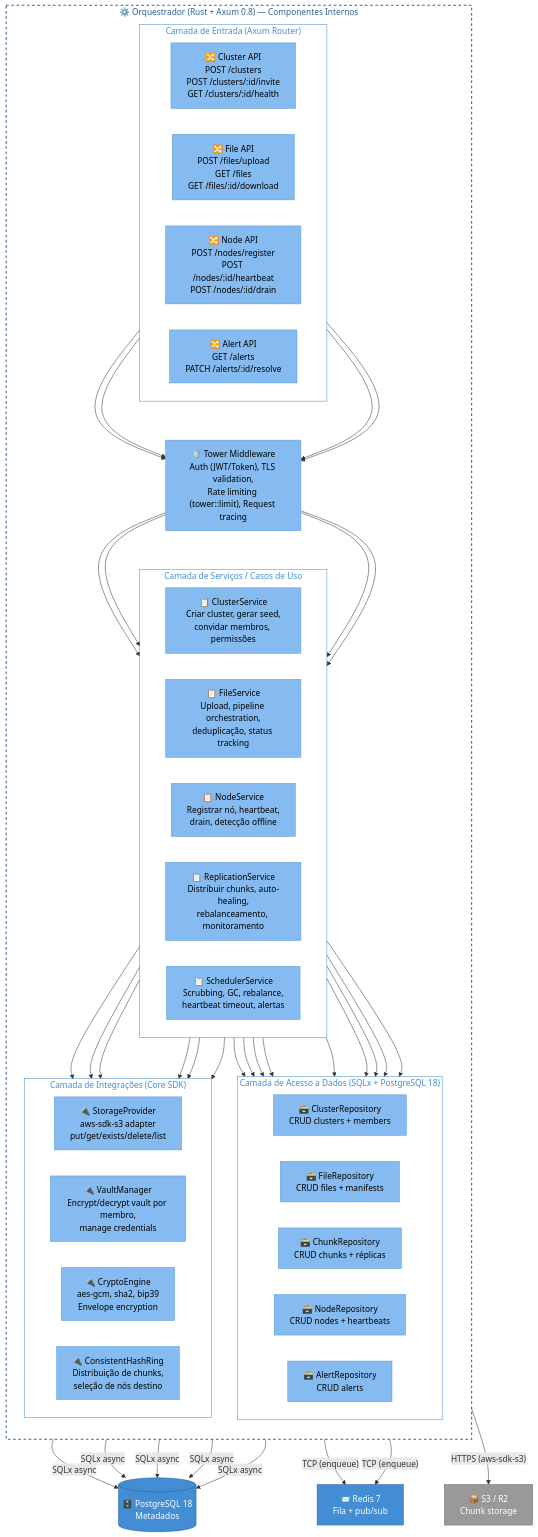
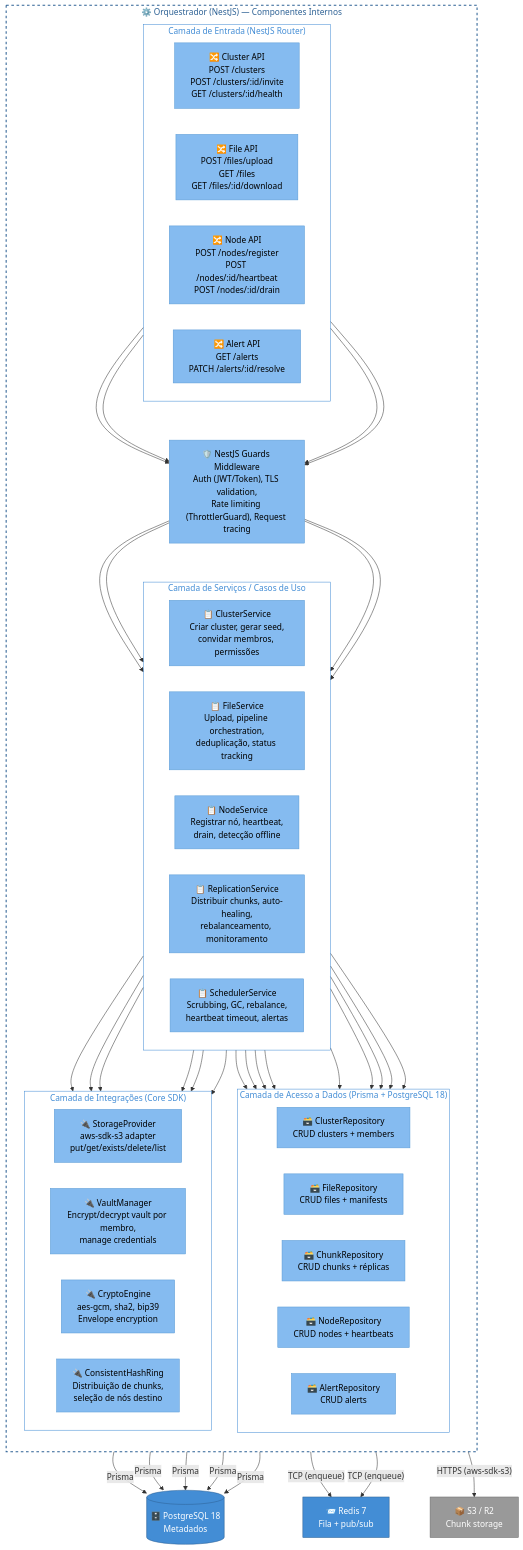
The diagram in docs/diagrams/components/api-components.mmd (DouglasPrado/alexandria), drawn with Mermaid before and after one commit. The commit also changed 160 other files, not shown here.

```diff
--- a/docs/diagrams/components/api-components.mmd
+++ b/docs/diagrams/components/api-components.mmd
@@ -1,119 +1,119 @@
 %% C4 Nivel 3: Componentes Internos — Orquestrador Alexandria
 %% Referencia: docs/blueprint/06-system_architecture.md
-%% Stack: Rust + Axum 0.8 + SQLx + Tower middleware
+%% Stack: NestJS + Prisma + NestJS Guards middleware
 
 graph TB
-    subgraph ContainerBoundary["⚙️ Orquestrador (Rust + Axum 0.8) — Componentes Internos"]
+    subgraph ContainerBoundary["⚙️ Orquestrador (NestJS) — Componentes Internos"]
         direction TB
 
-        subgraph EntryLayer["Camada de Entrada (Axum Router)"]
+        subgraph EntryLayer["Camada de Entrada (NestJS Router)"]
             direction LR
             ClusterRouter["🔀 Cluster API<br/>POST /clusters<br/>POST /clusters/:id/invite<br/>GET /clusters/:id/health"]
             FileRouter["🔀 File API<br/>POST /files/upload<br/>GET /files<br/>GET /files/:id/download"]
             NodeRouter["🔀 Node API<br/>POST /nodes/register<br/>POST /nodes/:id/heartbeat<br/>POST /nodes/:id/drain"]
             AlertRouter["🔀 Alert API<br/>GET /alerts<br/>PATCH /alerts/:id/resolve"]
         end
 
-        Middleware["🛡️ Tower Middleware<br/>Auth (JWT/Token), TLS validation,<br/>Rate limiting (tower::limit), Request tracing"]
+        Middleware["🛡️ NestJS Guards Middleware<br/>Auth (JWT/Token), TLS validation,<br/>Rate limiting (ThrottlerGuard), Request tracing"]
 
         subgraph ServiceLayer["Camada de Serviços / Casos de Uso"]
             direction LR
             ClusterService["📋 ClusterService<br/>Criar cluster, gerar seed,<br/>convidar membros, permissões"]
             FileService["📋 FileService<br/>Upload, pipeline orchestration,<br/>deduplicação, status tracking"]
             NodeService["📋 NodeService<br/>Registrar nó, heartbeat,<br/>drain, detecção offline"]
             ReplicationService["📋 ReplicationService<br/>Distribuir chunks, auto-healing,<br/>rebalanceamento, monitoramento"]
             SchedulerService["📋 SchedulerService<br/>Scrubbing, GC, rebalance,<br/>heartbeat timeout, alertas"]
         end
 
-        subgraph DataLayer["Camada de Acesso a Dados (SQLx + PostgreSQL 18)"]
+        subgraph DataLayer["Camada de Acesso a Dados (Prisma + PostgreSQL 18)"]
             direction LR
             ClusterRepo["🗃️ ClusterRepository<br/>CRUD clusters + members"]
             FileRepo["🗃️ FileRepository<br/>CRUD files + manifests"]
             ChunkRepo["🗃️ ChunkRepository<br/>CRUD chunks + réplicas"]
             NodeRepo["🗃️ NodeRepository<br/>CRUD nodes + heartbeats"]
             AlertRepo["🗃️ AlertRepository<br/>CRUD alerts"]
         end
 
         subgraph IntegrationLayer["Camada de Integrações (Core SDK)"]
             direction LR
             StorageClient["🔌 StorageProvider<br/>aws-sdk-s3 adapter<br/>put/get/exists/delete/list"]
             VaultClient["🔌 VaultManager<br/>Encrypt/decrypt vault por membro,<br/>manage credentials"]
             CryptoEngine["🔌 CryptoEngine<br/>aes-gcm, sha2, bip39<br/>Envelope encryption"]
             HashRing["🔌 ConsistentHashRing<br/>Distribuição de chunks,<br/>seleção de nós destino"]
         end
     end
 
     %% Dependências Externas
     DB[("🗄️ PostgreSQL 18<br/>Metadados")]
     RedisQ["📨 Redis 7<br/>Fila + pub/sub"]
     S3Ext["📦 S3 / R2<br/>Chunk storage"]
 
     %% Fluxo: Entrada → Middleware
     ClusterRouter --> Middleware
     FileRouter --> Middleware
     NodeRouter --> Middleware
     AlertRouter --> Middleware
 
     %% Fluxo: Middleware → Serviços
     Middleware --> ClusterService
     Middleware --> FileService
     Middleware --> NodeService
     Middleware --> ReplicationService
 
     %% Fluxo: Serviços → Repositórios
     ClusterService --> ClusterRepo
     FileService --> FileRepo
     FileService --> ChunkRepo
     NodeService --> NodeRepo
     ReplicationService --> ChunkRepo
     ReplicationService --> NodeRepo
     SchedulerService --> ChunkRepo
     SchedulerService --> NodeRepo
     SchedulerService --> AlertRepo
 
     %% Fluxo: Serviços → Integrações
     FileService --> CryptoEngine
     FileService --> HashRing
     ReplicationService --> StorageClient
     ReplicationService --> HashRing
     ClusterService --> VaultClient
     ClusterService --> CryptoEngine
 
     %% Conexões Externas
-    ClusterRepo -->|"SQLx async"| DB
-    FileRepo -->|"SQLx async"| DB
-    ChunkRepo -->|"SQLx async"| DB
-    NodeRepo -->|"SQLx async"| DB
-    AlertRepo -->|"SQLx async"| DB
+    ClusterRepo -->|"Prisma"| DB
+    FileRepo -->|"Prisma"| DB
+    ChunkRepo -->|"Prisma"| DB
+    NodeRepo -->|"Prisma"| DB
+    AlertRepo -->|"Prisma"| DB
     FileService -->|"TCP (enqueue)"| RedisQ
     SchedulerService -->|"TCP (enqueue)"| RedisQ
     StorageClient -->|"HTTPS (aws-sdk-s3)"| S3Ext
 
     %% Estilos
     style ContainerBoundary fill:none,stroke:#2e6295,stroke-width:2px,stroke-dasharray:5 5,color:#2e6295
     style EntryLayer fill:none,stroke:#438dd5,stroke-width:1px,color:#438dd5
     style ServiceLayer fill:none,stroke:#438dd5,stroke-width:1px,color:#438dd5
     style DataLayer fill:none,stroke:#438dd5,stroke-width:1px,color:#438dd5
     style IntegrationLayer fill:none,stroke:#438dd5,stroke-width:1px,color:#438dd5
     style ClusterRouter fill:#85bbf0,stroke:#5a9bd5,color:#000
     style FileRouter fill:#85bbf0,stroke:#5a9bd5,color:#000
     style NodeRouter fill:#85bbf0,stroke:#5a9bd5,color:#000
     style AlertRouter fill:#85bbf0,stroke:#5a9bd5,color:#000
     style Middleware fill:#85bbf0,stroke:#5a9bd5,color:#000
     style ClusterService fill:#85bbf0,stroke:#5a9bd5,color:#000
     style FileService fill:#85bbf0,stroke:#5a9bd5,color:#000
     style NodeService fill:#85bbf0,stroke:#5a9bd5,color:#000
     style ReplicationService fill:#85bbf0,stroke:#5a9bd5,color:#000
     style SchedulerService fill:#85bbf0,stroke:#5a9bd5,color:#000
     style ClusterRepo fill:#85bbf0,stroke:#5a9bd5,color:#000
     style FileRepo fill:#85bbf0,stroke:#5a9bd5,color:#000
     style ChunkRepo fill:#85bbf0,stroke:#5a9bd5,color:#000
     style NodeRepo fill:#85bbf0,stroke:#5a9bd5,color:#000
     style AlertRepo fill:#85bbf0,stroke:#5a9bd5,color:#000
     style StorageClient fill:#85bbf0,stroke:#5a9bd5,color:#000
     style VaultClient fill:#85bbf0,stroke:#5a9bd5,color:#000
     style CryptoEngine fill:#85bbf0,stroke:#5a9bd5,color:#000
     style HashRing fill:#85bbf0,stroke:#5a9bd5,color:#000
     style DB fill:#438dd5,stroke:#2e6295,color:#fff
     style RedisQ fill:#438dd5,stroke:#2e6295,color:#fff
     style S3Ext fill:#999999,stroke:#6b6b6b,color:#fff
```
